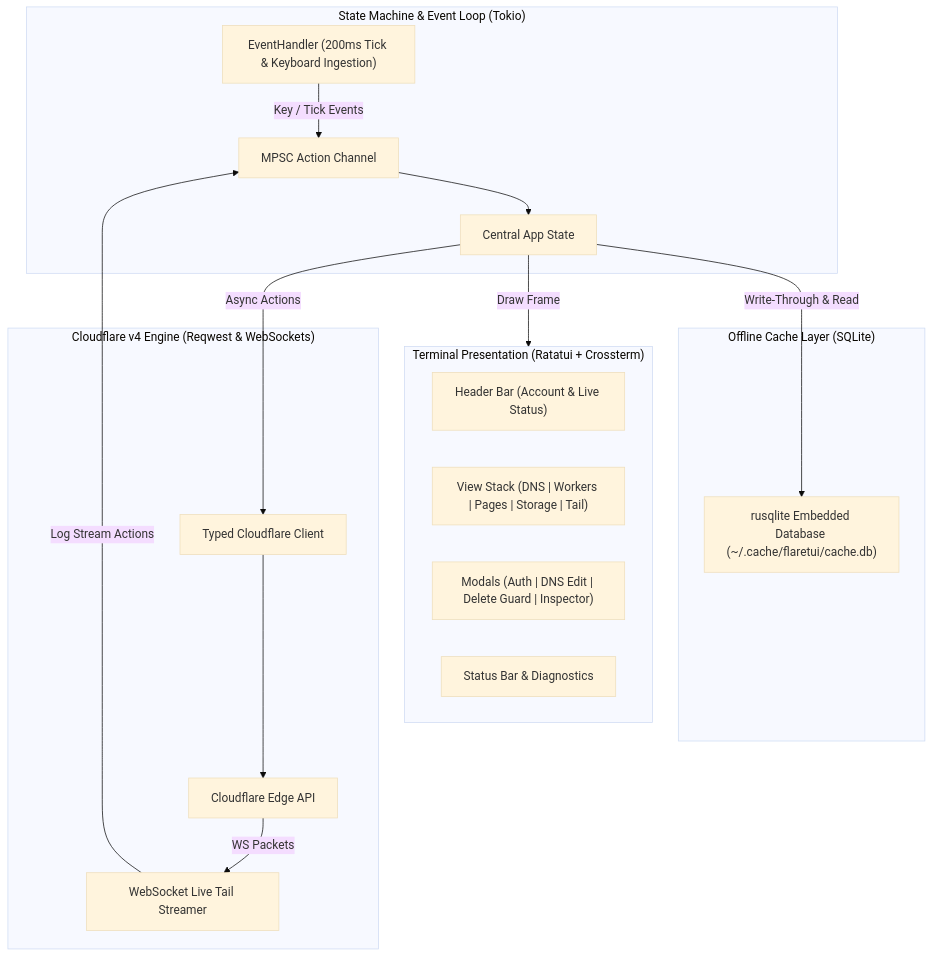
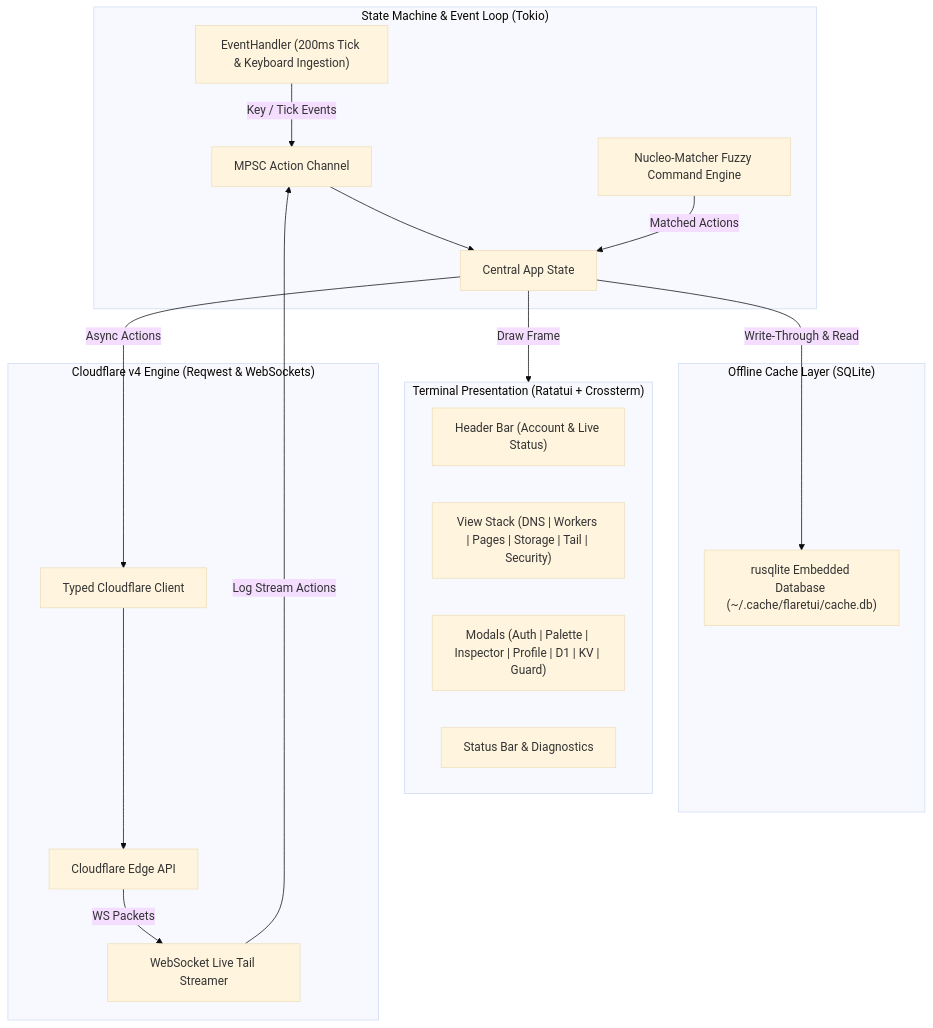
The diagram in README.md (KidusAlemayehu/flareTUI), drawn with Mermaid (base theme) before and after one commit. The commit also changed other lines of this file and 2 other files, not shown here.

Commit message:
docs: document Milestone 10 WAF security dashboard and command palette in README and CHANGELOG

````diff
--- a/README.md
+++ b/README.md
@@ -197,34 +240,36 @@
 ```mermaid
 flowchart TD
     subgraph UI ["Terminal Presentation (Ratatui + Crossterm)"]
         Header["Header Bar (Account & Live Status)"]
-        Views["View Stack (DNS | Workers | Pages | Storage | Tail)"]
-        Modals["Modals (Auth | DNS Edit | Delete Guard | Inspector)"]
+        Views["View Stack (DNS | Workers | Pages | Storage | Tail | Security)"]
+        Modals["Modals (Auth | Palette | Inspector | Profile | D1 | KV | Guard)"]
         StatusBar["Status Bar & Diagnostics"]
     end
 
     subgraph Core ["State Machine & Event Loop (Tokio)"]
         EventHandler["EventHandler (200ms Tick & Keyboard Ingestion)"]
         ActionQueue["MPSC Action Channel"]
         App["Central App State"]
+        PaletteEngine["Nucleo-Matcher Fuzzy Command Engine"]
     end
 
     subgraph Storage ["Offline Cache Layer (SQLite)"]
         CacheDb["rusqlite Embedded Database (~/.cache/flaretui/cache.db)"]
     end
 
     subgraph Network ["Cloudflare v4 Engine (Reqwest & WebSockets)"]
         Client["Typed Cloudflare Client"]
         TailStream["WebSocket Live Tail Streamer"]
         CloudflareAPI["Cloudflare Edge API"]
     end
 
     EventHandler -->|Key / Tick Events| ActionQueue
     ActionQueue --> App
+    PaletteEngine -->|Matched Actions| App
     App -->|Draw Frame| UI
     App -->|Write-Through & Read| CacheDb
     App -->|Async Actions| Client
     Client --> CloudflareAPI
     CloudflareAPI -->|WS Packets| TailStream
     TailStream -->|Log Stream Actions| ActionQueue
 ```
````
